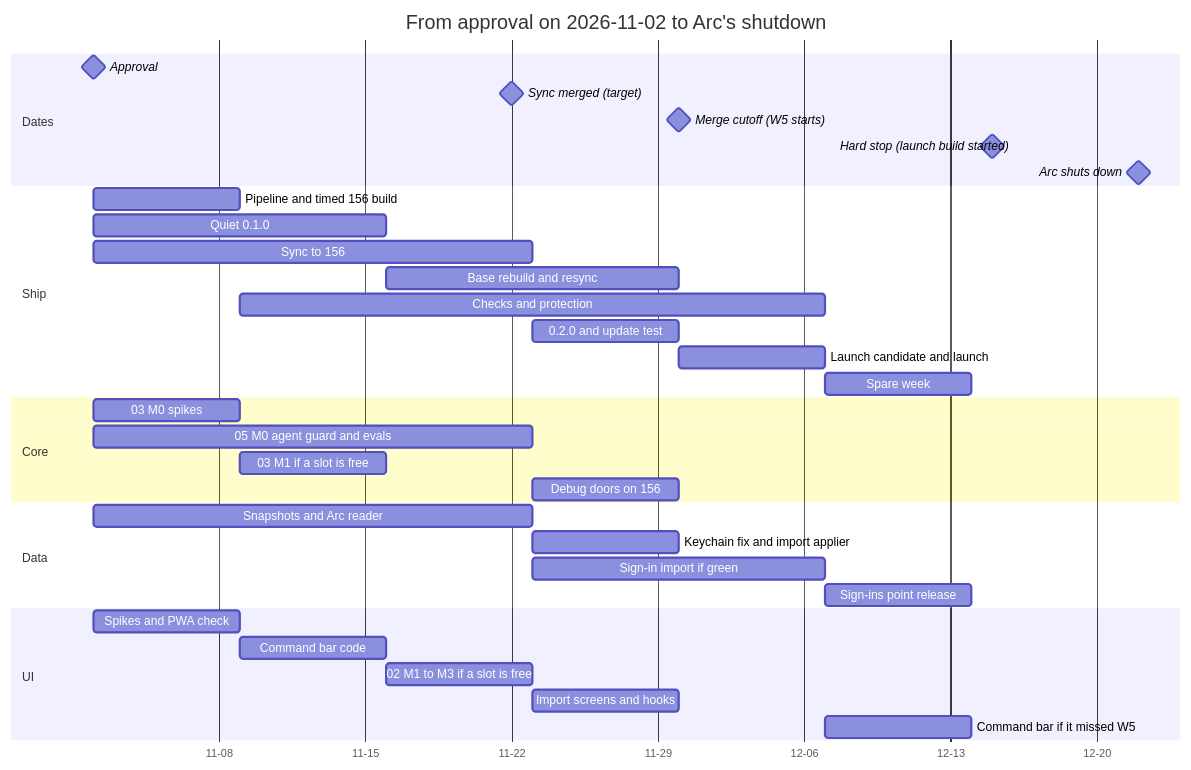
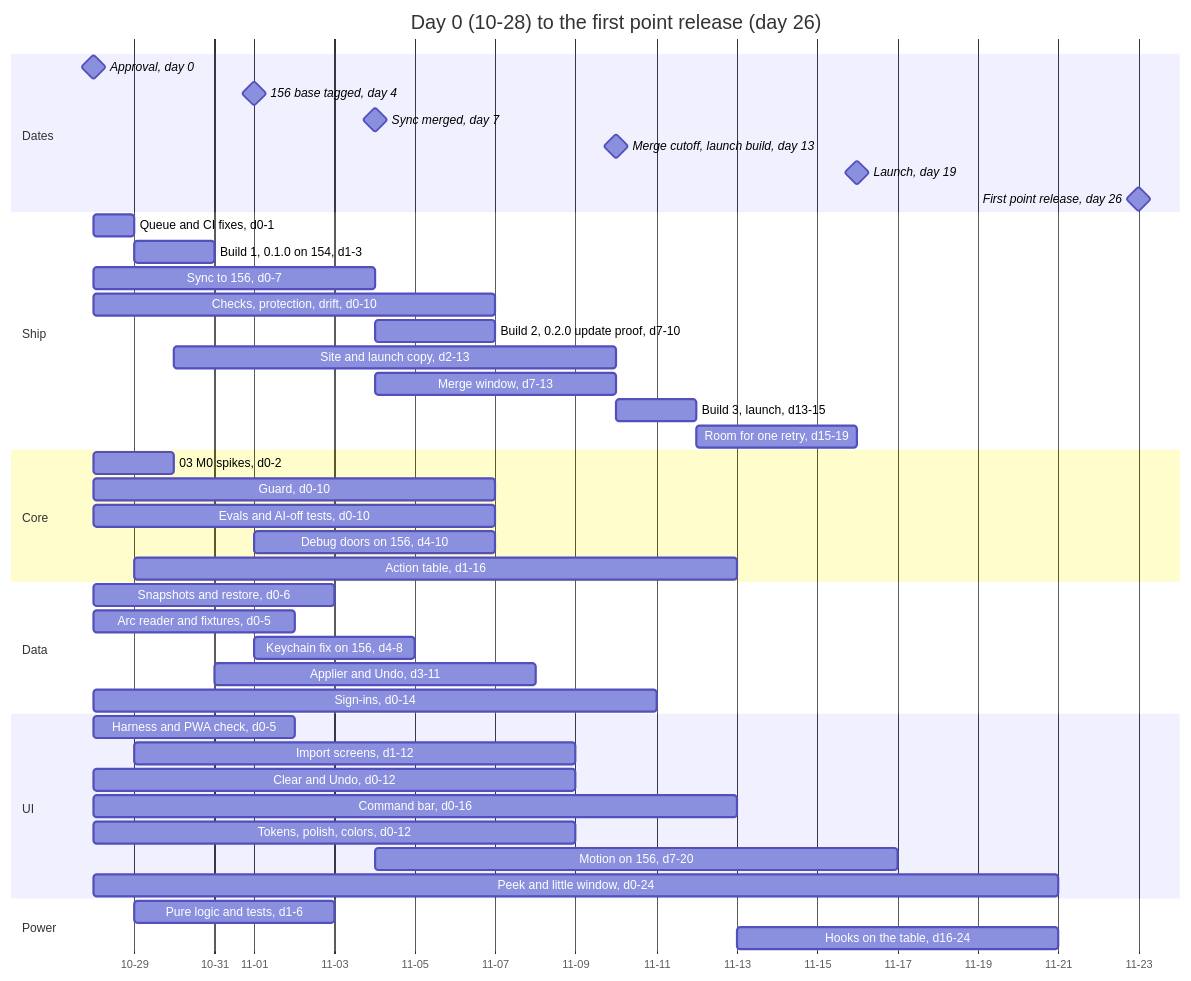
The first of 2 diagrams in plans/00-master-plan.md (notkainoa/rac), drawn with Mermaid before and after one commit. The commit also changed other lines of this file and 16 other files, not shown here.

````diff
--- a/plans/00-master-plan.md
+++ b/plans/00-master-plan.md
@@ -75,43 +75,54 @@
 ```mermaid
 gantt
-    title From approval on 2026-11-02 to Arc's shutdown
+    title Day 0 (10-28) to the first point release (day 26)
     dateFormat YYYY-MM-DD
     axisFormat %m-%d
+    tickInterval 2day
     todayMarker off
 
     section Dates
-    Approval                         :milestone, m1, 2026-11-02, 0d
-    Sync merged (target)             :milestone, m2, 2026-11-22, 0d
-    Merge cutoff (W5 starts)         :milestone, m3, 2026-11-30, 0d
-    Hard stop (launch build started) :milestone, m4, 2026-12-15, 0d
-    Arc shuts down                   :milestone, m5, 2026-12-22, 0d
+    Approval, day 0                     :milestone, m0, 2026-10-28, 0d
+    156 base tagged, day 4              :milestone, m1, 2026-11-01, 0d
+    Sync merged, day 7                  :milestone, m2, 2026-11-04, 0d
+    Merge cutoff, launch build, day 13  :milestone, m3, 2026-11-10, 0d
+    Launch, day 19                      :milestone, m4, 2026-11-16, 0d
+    First point release, day 26         :milestone, m5, 2026-11-23, 0d
 
     section Ship
-    Pipeline and timed 156 build     :s1, 2026-11-02, 7d
-    Quiet 0.1.0                      :s2, 2026-11-02, 14d
-    Sync to 156                      :s3, 2026-11-02, 21d
-    Base rebuild and resync          :s4, 2026-11-16, 14d
-    Checks and protection            :s5, 2026-11-09, 28d
-    0.2.0 and update test            :s6, 2026-11-23, 7d
-    Launch candidate and launch      :s7, 2026-11-30, 7d
-    Spare week                       :s8, 2026-12-07, 7d
+    Queue and CI fixes, d0-1            :s1, 2026-10-28, 1d
+    Build 1, 0.1.0 on 154, d1-3         :s2, 2026-10-29, 2d
+    Sync to 156, d0-7                   :s3, 2026-10-28, 7d
+    Checks, protection, drift, d0-10    :s4, 2026-10-28, 10d
+    Build 2, 0.2.0 update proof, d7-10  :s5, 2026-11-04, 3d
+    Site and launch copy, d2-13         :s6, 2026-10-30, 11d
+    Merge window, d7-13                 :s7, 2026-11-04, 6d
+    Build 3, launch, d13-15             :s8, 2026-11-10, 2d
+    Room for one retry, d15-19          :s9, 2026-11-12, 4d
 
     section Core
-    03 M0 spikes                     :c1, 2026-11-02, 7d
-    05 M0 agent guard and evals      :c2, 2026-11-02, 21d
-    03 M1 if a slot is free          :c3, 2026-11-09, 7d
-    Debug doors on 156               :c4, 2026-11-23, 7d
+    03 M0 spikes, d0-2                  :c1, 2026-10-28, 2d
+    Guard, d0-10                        :c2, 2026-10-28, 10d
+    Evals and AI-off tests, d0-10       :c3, 2026-10-28, 10d
+    Debug doors on 156, d4-10           :c4, 2026-11-01, 6d
+    Action table, d1-16                 :c5, 2026-10-29, 15d
 
     section Data
-    Snapshots and Arc reader         :d1, 2026-11-02, 21d
-    Keychain fix and import applier  :d2, 2026-11-23, 7d
-    Sign-in import if green          :d3, 2026-11-23, 14d
-    Sign-ins point release           :d4, 2026-12-07, 7d
+    Snapshots and restore, d0-6         :d1, 2026-10-28, 6d
+    Arc reader and fixtures, d0-5       :d2, 2026-10-28, 5d
+    Keychain fix on 156, d4-8           :d3, 2026-11-01, 4d
+    Applier and Undo, d3-11             :d4, 2026-10-31, 8d
+    Sign-ins, d0-14                     :d5, 2026-10-28, 14d
 
     section UI
-    Spikes and PWA check             :u1, 2026-11-02, 7d
-    Command bar code                 :u2, 2026-11-09, 7d
-    02 M1 to M3 if a slot is free    :u3, 2026-11-16, 7d
-    Import screens and hooks         :u4, 2026-11-23, 7d
-    Command bar if it missed W5      :u5, 2026-12-07, 7d
+    Harness and PWA check, d0-5         :u1, 2026-10-28, 5d
+    Import screens, d1-12               :u2, 2026-10-29, 11d
+    Clear and Undo, d0-12               :u3, 2026-10-28, 12d
+    Command bar, d0-16                  :u4, 2026-10-28, 16d
+    Tokens, polish, colors, d0-12       :u5, 2026-10-28, 12d
+    Motion on 156, d7-20                :u6, 2026-11-04, 13d
+    Peek and little window, d0-24       :u7, 2026-10-28, 24d
+
+    section Power
+    Pure logic and tests, d1-6          :p1, 2026-10-29, 5d
+    Hooks on the table, d16-24          :p2, 2026-11-13, 8d
 ```
````
